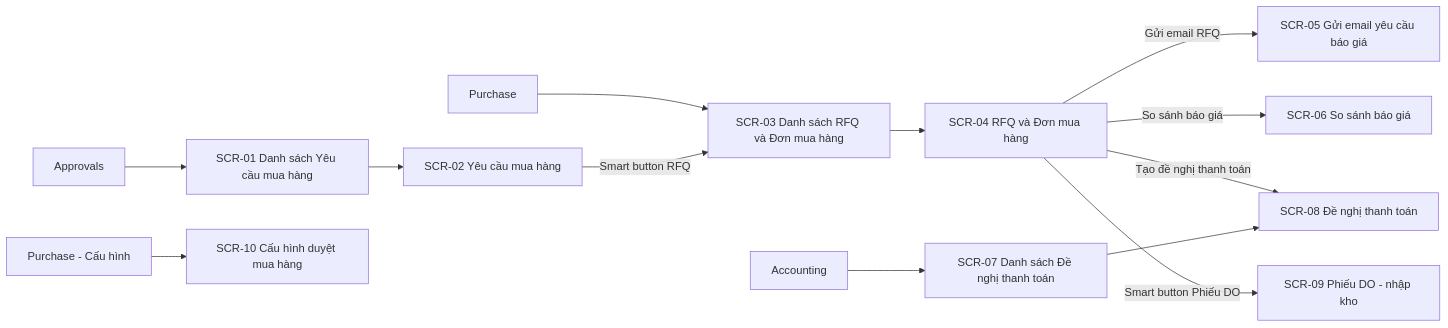
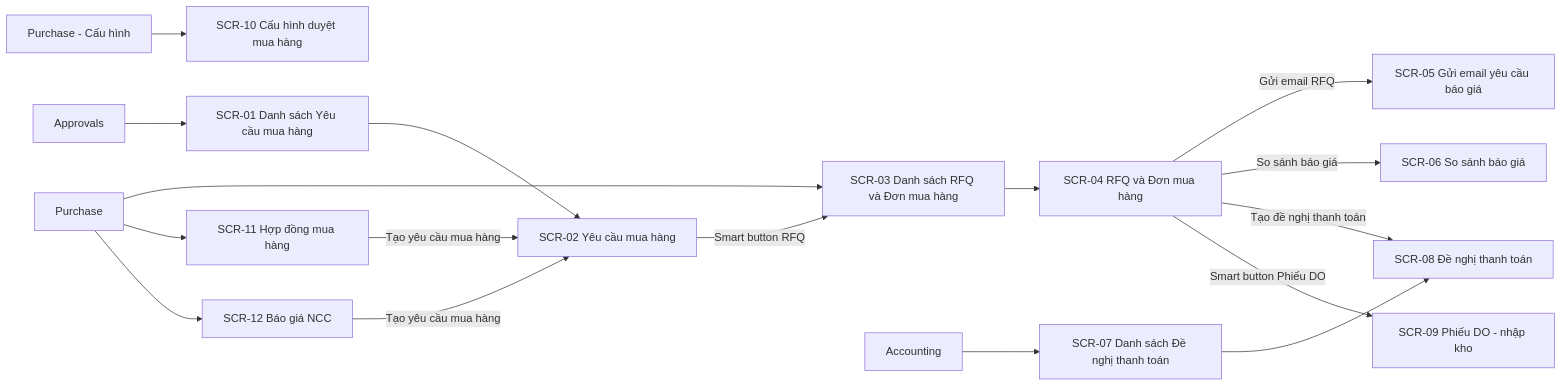
The first of 4 diagrams in outputs/odoo-mua-hang/ui/flows.md (lethanhdat2002296-cpu/Skill_BA_Cloud_Automation), drawn with Mermaid before and after one commit. The commit also changed other lines of this file, not shown here.

First line of the commit message:
docs(odoo-mua-hang): UI spec & flows v0.2

````diff
--- a/outputs/odoo-mua-hang/ui/flows.md
+++ b/outputs/odoo-mua-hang/ui/flows.md
@@ -8,15 +9,19 @@
 ```mermaid
 flowchart LR
   AP[Approvals] --> SCR01[SCR-01 Danh sách Yêu cầu mua hàng]
   SCR01 --> SCR02[SCR-02 Yêu cầu mua hàng]
   PU[Purchase] --> SCR03[SCR-03 Danh sách RFQ và Đơn mua hàng]
   SCR02 -- Smart button RFQ --> SCR03
   SCR03 --> SCR04[SCR-04 RFQ và Đơn mua hàng]
   SCR04 -- Gửi email RFQ --> SCR05[SCR-05 Gửi email yêu cầu báo giá]
   SCR04 -- So sánh báo giá --> SCR06[SCR-06 So sánh báo giá]
   SCR04 -- Tạo đề nghị thanh toán --> SCR08[SCR-08 Đề nghị thanh toán]
   AC[Accounting] --> SCR07[SCR-07 Danh sách Đề nghị thanh toán]
   SCR07 --> SCR08
   SCR04 -- Smart button Phiếu DO --> SCR09[SCR-09 Phiếu DO - nhập kho]
   ST[Purchase - Cấu hình] --> SCR10[SCR-10 Cấu hình duyệt mua hàng]
+  PU --> SCR11[SCR-11 Hợp đồng mua hàng]
+  PU --> SCR12[SCR-12 Báo giá NCC]
+  SCR11 -- Tạo yêu cầu mua hàng --> SCR02
+  SCR12 -- Tạo yêu cầu mua hàng --> SCR02
 ```
````
